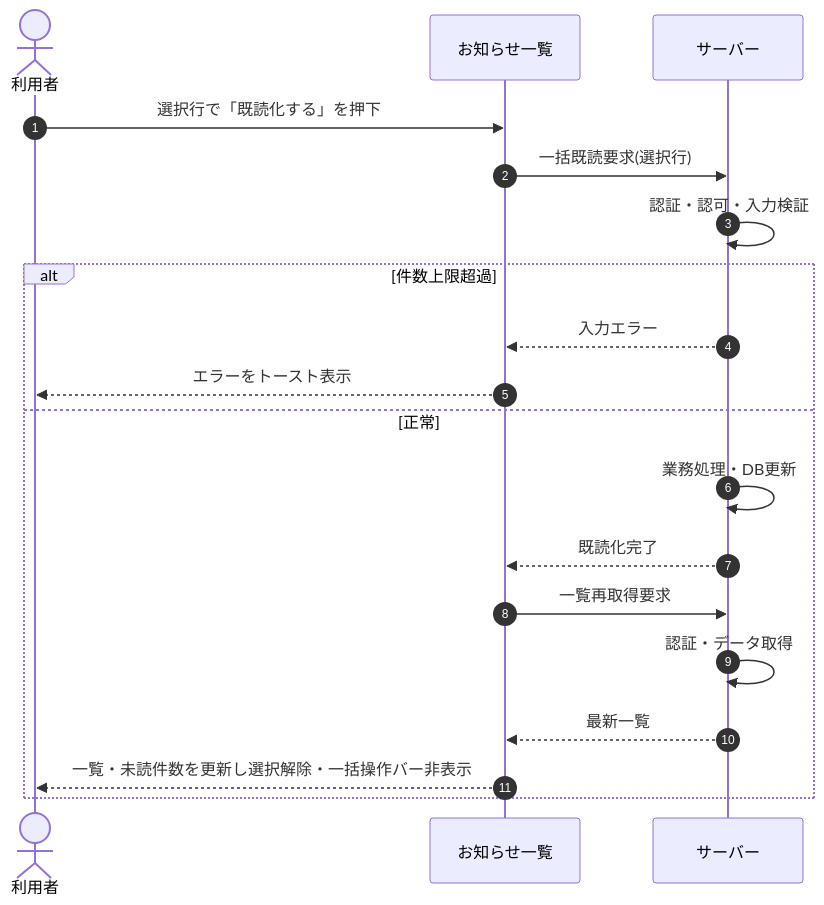
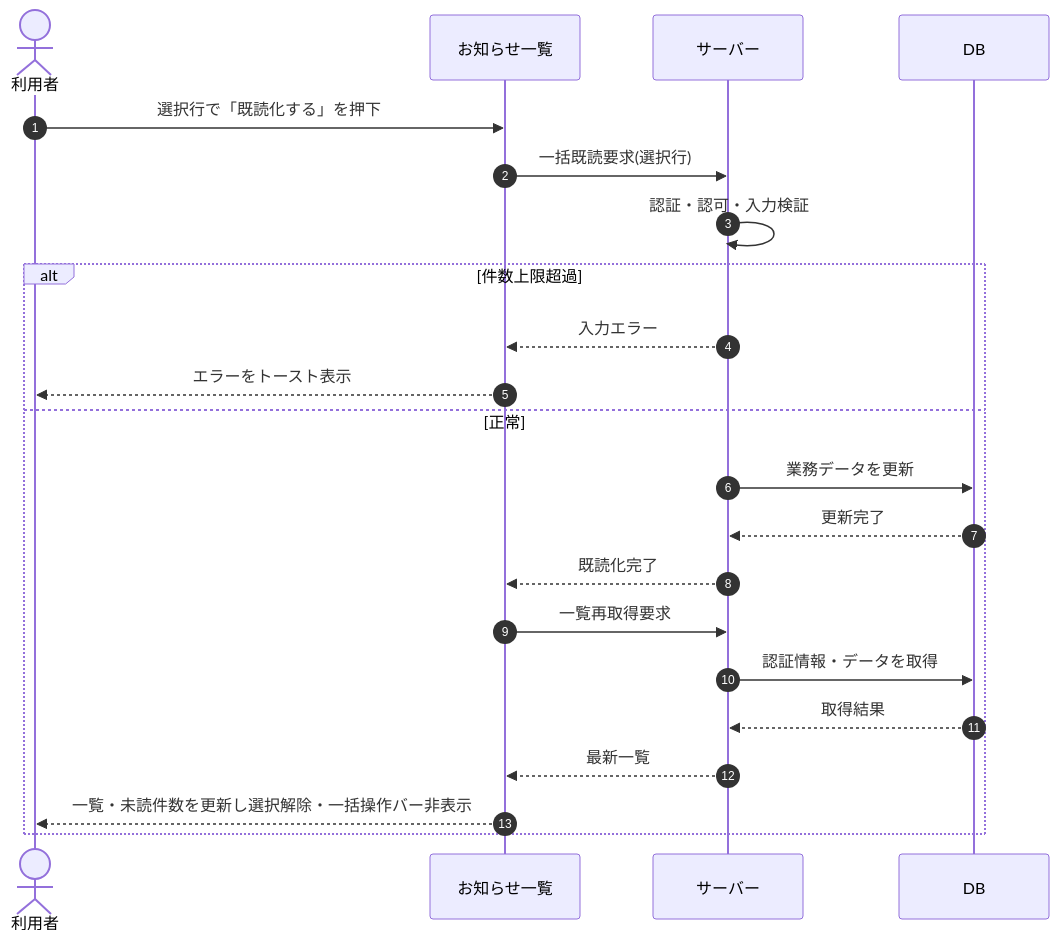
Before and after one commit to sikakou54/open-faq: the diagram in 02_basic_design/03_sequences/SEQ-059.md, drawn with Mermaid. The commit also changed other lines of this file and 122 other files, not shown here.

First line of the commit message:
シーケンス図に DB アクターを追加(DB 操作をサーバー自己メッセージから分離)

````diff
--- a/02_basic_design/03_sequences/SEQ-059.md
+++ b/02_basic_design/03_sequences/SEQ-059.md
@@ -26,21 +26,24 @@
 ```mermaid
 sequenceDiagram
   autonumber
   actor U as 利用者
   participant Screen as お知らせ一覧
   participant Server as サーバー
+  participant DB as DB
   U->>Screen: 選択行で「既読化する」を押下
   Screen->>Server: 一括既読要求(選択行)
   Server->>Server: 認証・認可・入力検証
   alt 件数上限超過
     Server-->>Screen: 入力エラー
     Screen-->>U: エラーをトースト表示
   else 正常
-    Server->>Server: 業務処理・DB更新
+    Server->>DB: 業務データを更新
+    DB-->>Server: 更新完了
     Server-->>Screen: 既読化完了
     Screen->>Server: 一覧再取得要求
-    Server->>Server: 認証・データ取得
+    Server->>DB: 認証情報・データを取得
+    DB-->>Server: 取得結果
     Server-->>Screen: 最新一覧
     Screen-->>U: 一覧・未読件数を更新し選択解除・一括操作バー非表示
   end
 ```
````
